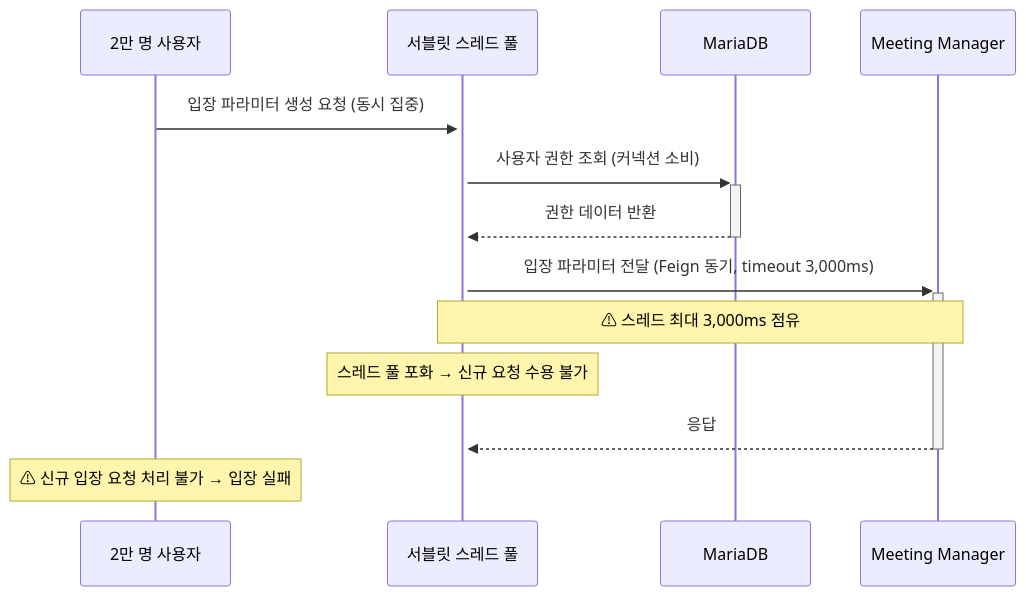
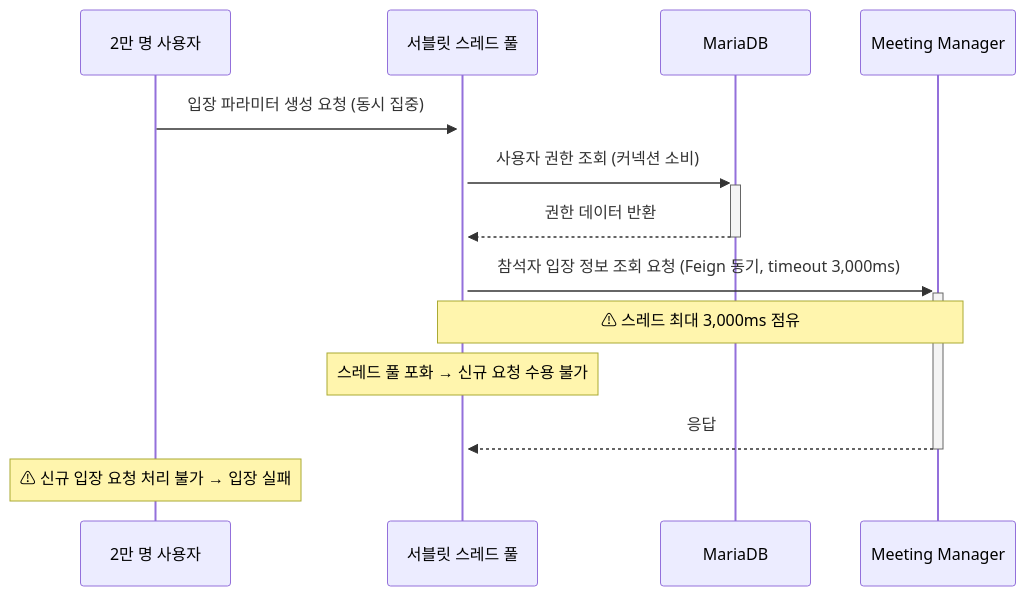
Before and after one commit to sujinnkim/A_Personal: the diagram in docs/02-system-overview/1.2-issues/ISSUE-01-동시입장시스레드커넥션풀고갈.md, drawn with Mermaid. The commit also changed other lines of this file and 36 other files, not shown here.

First line of the commit message:
docs/report: UC 다이어그램 정리, AS 채번·전략명 정비, 대안별 mermaid 도식 추가 및 그림 전체 채번

````diff
--- a/docs/02-system-overview/1.2-issues/ISSUE-01-동시입장시스레드커넥션풀고갈.md
+++ b/docs/02-system-overview/1.2-issues/ISSUE-01-동시입장시스레드커넥션풀고갈.md
@@ -17,16 +18,16 @@
 ```mermaid
 sequenceDiagram
     participant U as 2만 명 사용자
     participant TP as 서블릿 스레드 풀
     participant DB as MariaDB
     participant MM as Meeting Manager
 
     U->>+TP: 입장 파라미터 생성 요청 (동시 집중)
     TP->>+DB: 사용자 권한 조회 (커넥션 소비)
     DB-->>-TP: 권한 데이터 반환
-    TP->>+MM: 입장 파라미터 전달 (Feign 동기, timeout 3,000ms)
+    TP->>+MM: 참석자 입장 정보 조회 요청 (Feign 동기, timeout 3,000ms)
     Note over TP,MM: ⚠ 스레드 최대 3,000ms 점유
     Note over TP: 스레드 풀 포화 → 신규 요청 수용 불가
     MM-->>-TP: 응답
     Note over U: ⚠ 신규 입장 요청 처리 불가 → 입장 실패
 ```
````
